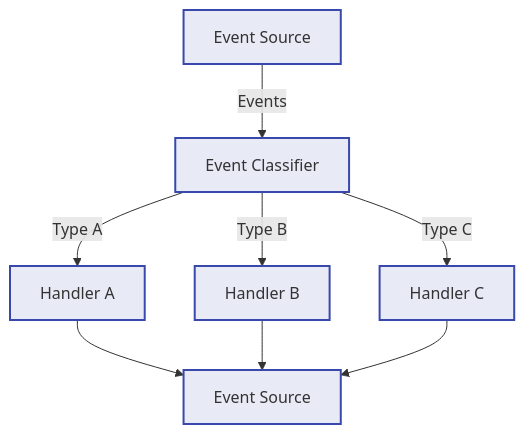
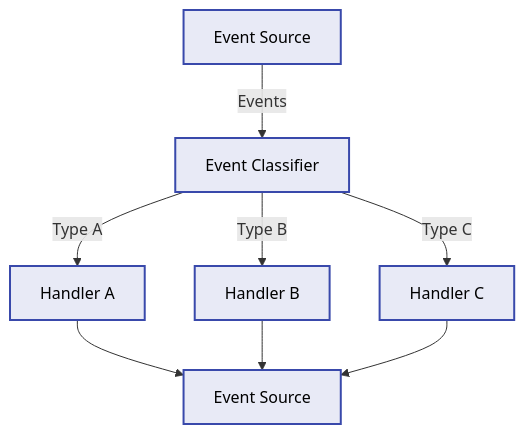
One commit to aitoroses/floxide changed the fifth of 9 diagrams in README.md. Above: the diagram before and after it, drawn with Mermaid. The commit also changed other lines of this file, not shown here.

First line of the commit message:
🦀 Improve Mermaid Diagram Readability in README

````diff
--- a/README.md
+++ b/README.md
@@ -194,16 +194,16 @@
 ```mermaid
 graph TD
     A["Event Source"] -->|Events| B["Event Classifier"]
     B -->|Type A| C["Handler A"]
     B -->|Type B| D["Handler B"]
     B -->|Type C| E["Handler C"]
     C --> F["Event Source"]
     D --> F
     E --> F
-    style A fill:#e8eaf6,stroke:#3949ab,stroke-width:2px
-    style B fill:#e8eaf6,stroke:#3949ab,stroke-width:2px
-    style C fill:#e8eaf6,stroke:#3949ab,stroke-width:2px
-    style D fill:#e8eaf6,stroke:#3949ab,stroke-width:2px
-    style E fill:#e8eaf6,stroke:#3949ab,stroke-width:2px
-    style F fill:#e8eaf6,stroke:#3949ab,stroke-width:2px
+    style A fill:#e8eaf6,stroke:#3949ab,stroke-width:2px,color:black
+    style B fill:#e8eaf6,stroke:#3949ab,stroke-width:2px,color:black
+    style C fill:#e8eaf6,stroke:#3949ab,stroke-width:2px,color:black
+    style D fill:#e8eaf6,stroke:#3949ab,stroke-width:2px,color:black
+    style E fill:#e8eaf6,stroke:#3949ab,stroke-width:2px,color:black
+    style F fill:#e8eaf6,stroke:#3949ab,stroke-width:2px,color:black
 ```
````
